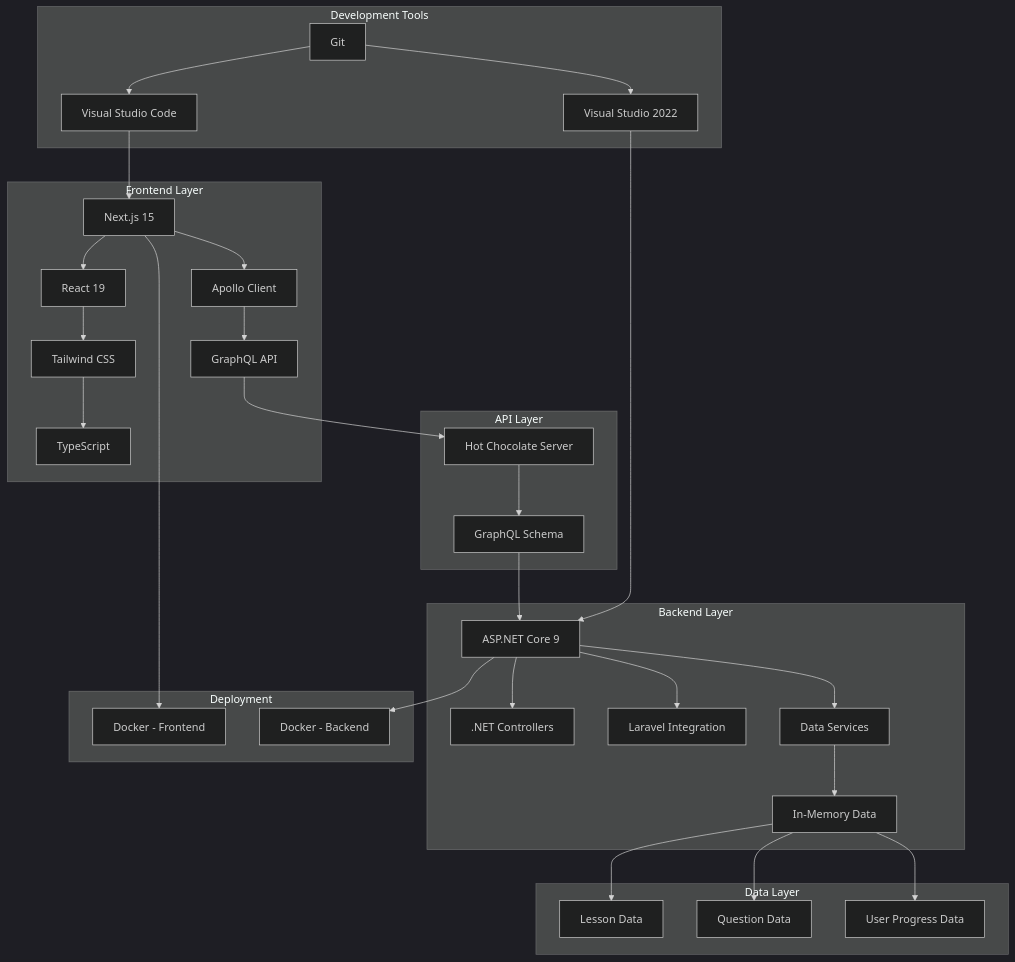
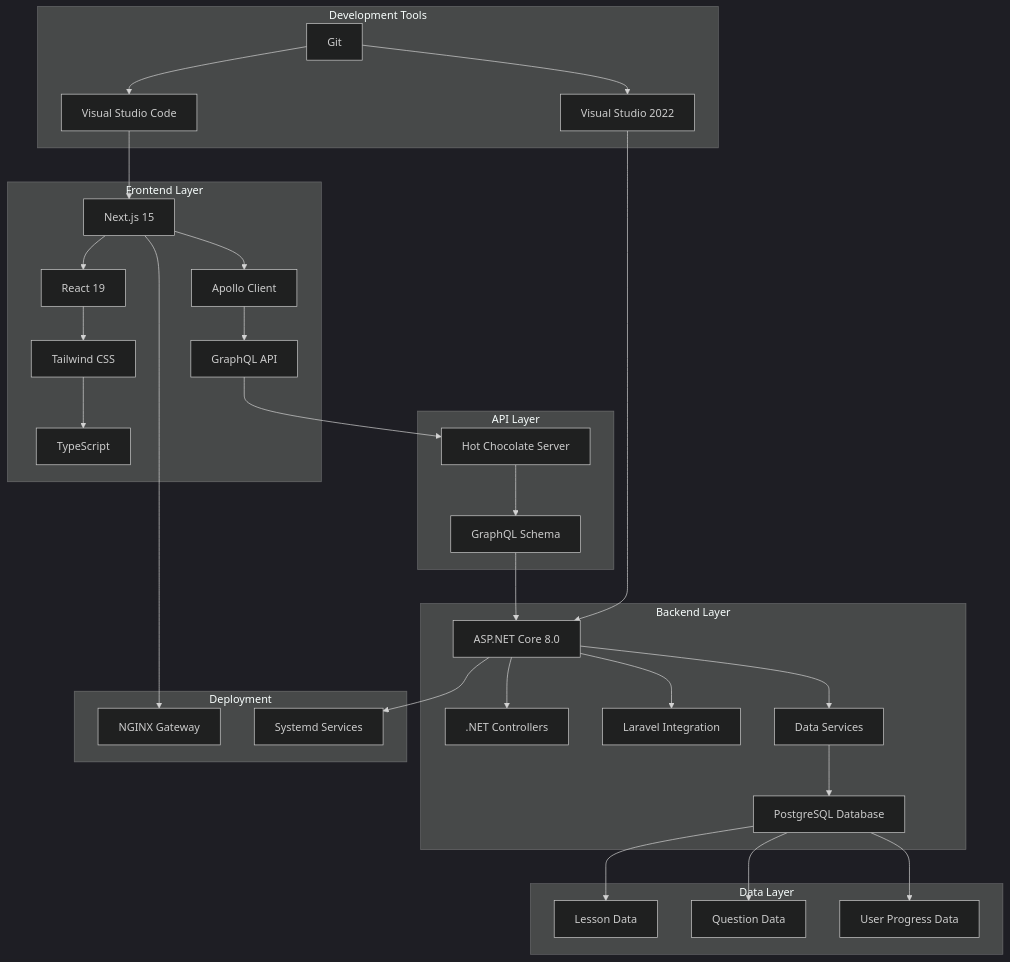
The diagram in docs/TECH_STACK_INTEGRATION.md (ErikVeland/GlassCodeAcademy), drawn with Mermaid (dark theme) before and after one commit. The commit also changed other lines of this file and 26 other files, not shown here.

````diff
--- a/docs/TECH_STACK_INTEGRATION.md
+++ b/docs/TECH_STACK_INTEGRATION.md
@@ -7,46 +9,46 @@
 ```mermaid
 graph TB
     subgraph "Frontend Layer"
         A[Next.js 15] --> B[React 19]
         B --> C[Tailwind CSS]
         C --> D[TypeScript]
         A --> E[Apollo Client]
         E --> F[GraphQL API]
     end
 
     subgraph "API Layer"
         F[GraphQL API] --> G[Hot Chocolate Server]
         G --> H[GraphQL Schema]
     end
 
     subgraph "Backend Layer"
-        H[GraphQL Schema] --> I[ASP.NET Core 9]
+        H[GraphQL Schema] --> I[ASP.NET Core 8.0]
         I --> J[.NET Controllers]
         I --> K[Laravel Integration]
         I --> L[Data Services]
-        L --> M[In-Memory Data]
+        L --> M[PostgreSQL Database]
     end
 
     subgraph "Data Layer"
-        M[In-Memory Data] --> N[Lesson Data]
+        M[PostgreSQL Database] --> N[Lesson Data]
         M --> O[Question Data]
         M --> P[User Progress Data]
     end
 
     subgraph "Development Tools"
         Q[Visual Studio Code]
         R[Visual Studio 2022]
         S[Git]
     end
 
     subgraph "Deployment"
-        T[Docker - Frontend]
-        U[Docker - Backend]
+        T[NGINX Gateway]
+        U[Systemd Services]
     end
 
     A --> T
     I --> U
     Q --> A
     R --> I
     S --> Q & R
 ```
````
